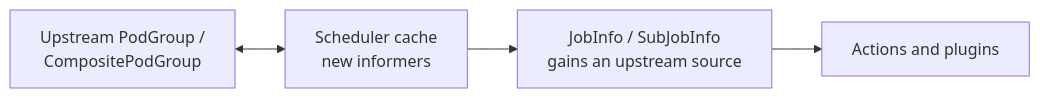
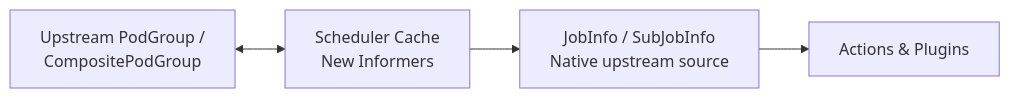
Diagram 14 of 15 in docs/research/k8s-workload-aware-scheduling-vs-volcano.md (JesseStutler/volcano), drawn with Mermaid before and after one commit. The commit also changed other lines of this file and 1 other file, not shown here.

First line of the commit message:
docs: improve readability of upstream PodGroup vs Volcano report

````diff
--- a/docs/research/k8s-workload-aware-scheduling-vs-volcano.md
+++ b/docs/research/k8s-workload-aware-scheduling-vs-volcano.md
@@ -655,10 +568,11 @@
 ```mermaid
 flowchart LR
     UB["Upstream PodGroup /<br/>CompositePodGroup"]
-    CB["Scheduler cache<br/>new informers"]
-    JB["JobInfo / SubJobInfo<br/>gains an upstream source"]
-    SB["Actions and plugins"]
+    CB["Scheduler Cache<br/>New Informers"]
+    JB["JobInfo / SubJobInfo<br/>Native upstream source"]
+    SB["Actions & Plugins"]
+
     UB <--> CB
     CB --> JB
     JB --> SB
 ```
````
